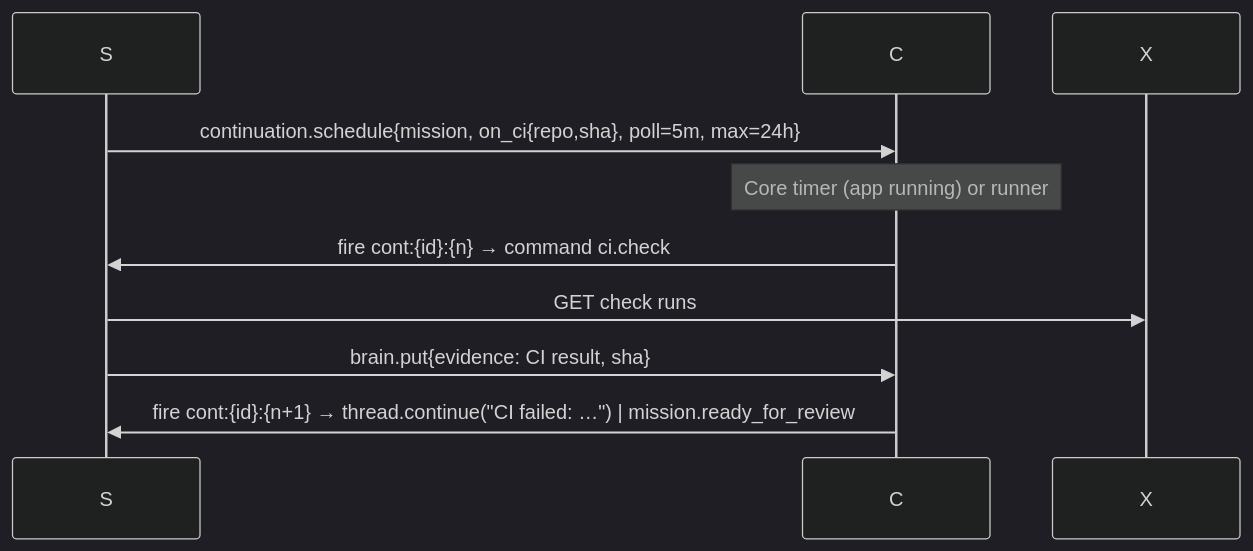
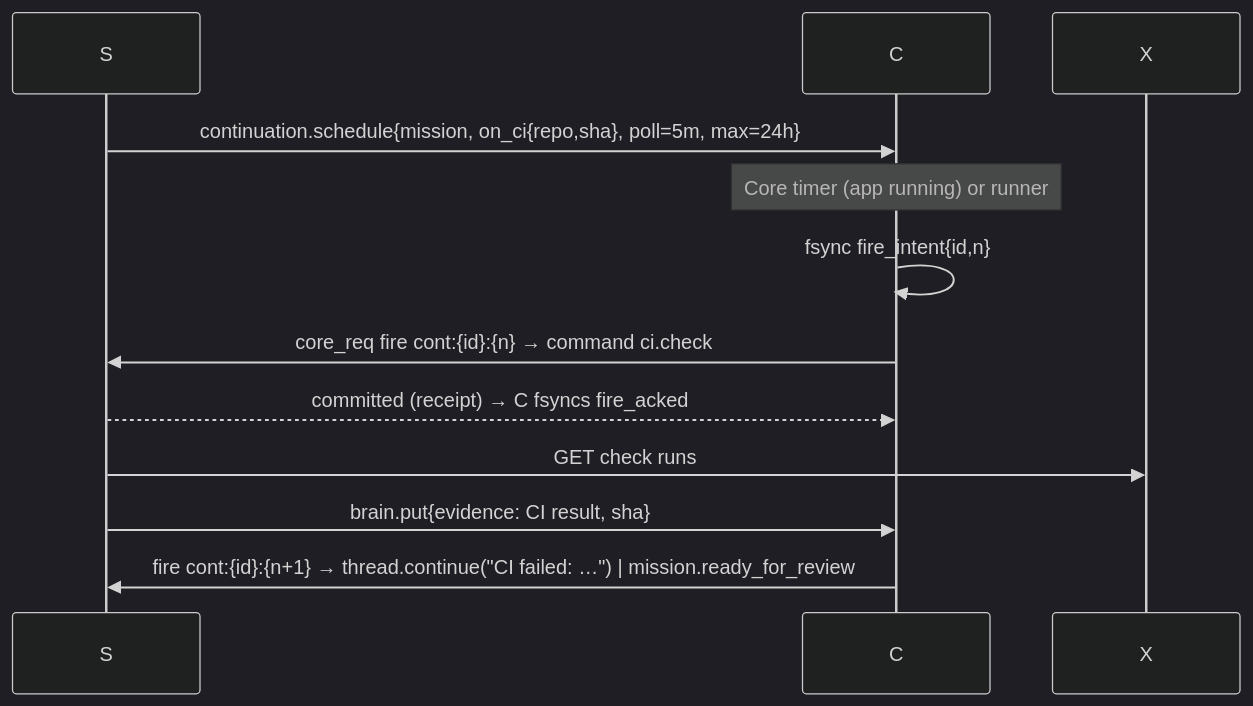
The ninth of 13 diagrams in specs/008-wepld-v3-unified-replan/05_VERCEL_WORKFLOW_DURABILITY_REA.md (TheHalfMoon/Zain), drawn with Mermaid (dark theme) before and after one commit. The commit also changed other lines of this file and 20 other files, not shown here.

````diff
--- a/specs/008-wepld-v3-unified-replan/05_VERCEL_WORKFLOW_DURABILITY_REA.md
+++ b/specs/008-wepld-v3-unified-replan/05_VERCEL_WORKFLOW_DURABILITY_REA.md
@@ -157,9 +181,11 @@
 ```mermaid
 sequenceDiagram
   S->>C: continuation.schedule{mission, on_ci{repo,sha}, poll=5m, max=24h}
   Note over C: Core timer (app running) or runner
-  C->>S: fire cont:{id}:{n} → command ci.check
+  C->>C: fsync fire_intent{id,n}
+  C->>S: core_req fire cont:{id}:{n} → command ci.check
+  S-->>C: committed (receipt) → C fsyncs fire_acked
   S->>X: GET check runs
   S->>C: brain.put{evidence: CI result, sha}
   C->>S: fire cont:{id}:{n+1} → thread.continue("CI failed: …") | mission.ready_for_review
 ```
````
